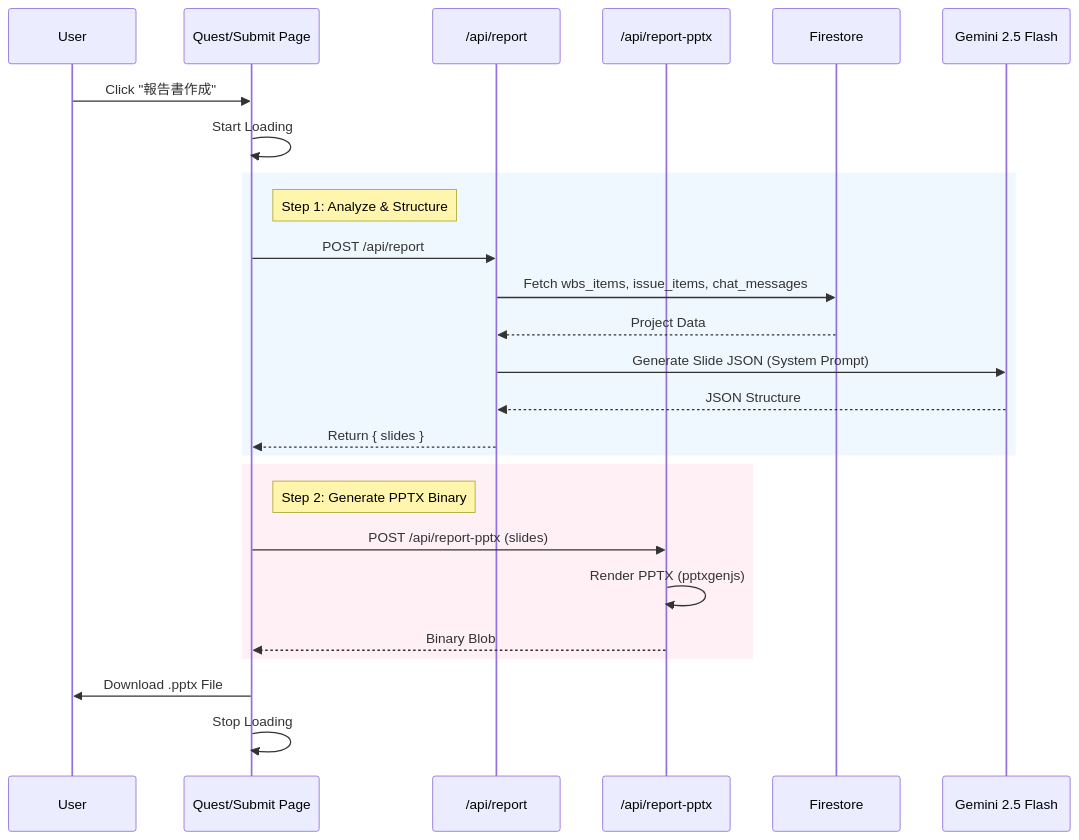
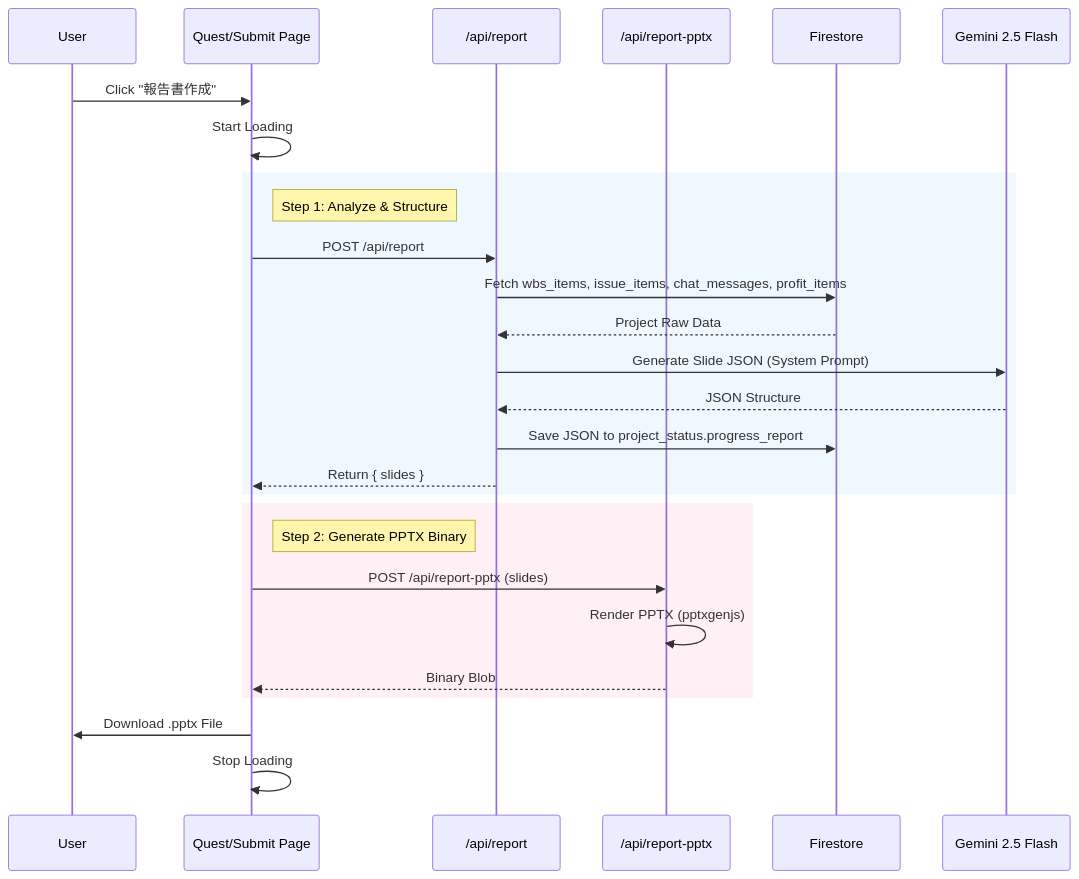
The first of 3 diagrams in doc/detailed_design.md (NarumiKomaba/AI-Hackathon-2025), drawn with Mermaid before and after one commit. The commit also changed other lines of this file and 16 other files, not shown here.

````diff
--- a/doc/detailed_design.md
+++ b/doc/detailed_design.md
@@ -164,32 +180,33 @@
 ```mermaid
 sequenceDiagram
     participant User
     participant Page as Quest/Submit Page
     participant API_Rep as /api/report
     participant API_Ppt as /api/report-pptx
     participant DB as Firestore
     participant AI as Gemini 2.5 Flash
 
     User->>Page: Click "報告書作成"
     Page->>Page: Start Loading
     
     rect rgb(240, 248, 255)
         note right of Page: Step 1: Analyze & Structure
         Page->>API_Rep: POST /api/report
-        API_Rep->>DB: Fetch wbs_items, issue_items, chat_messages
-        DB-->>API_Rep: Project Data
+        API_Rep->>DB: Fetch wbs_items, issue_items, chat_messages, profit_items
+        DB-->>API_Rep: Project Raw Data
         API_Rep->>AI: Generate Slide JSON (System Prompt)
         AI-->>API_Rep: JSON Structure
+        API_Rep->>DB: Save JSON to project_status.progress_report
         API_Rep-->>Page: Return { slides }
     end
 
     rect rgb(255, 240, 245)
         note right of Page: Step 2: Generate PPTX Binary
         Page->>API_Ppt: POST /api/report-pptx (slides)
         API_Ppt->>API_Ppt: Render PPTX (pptxgenjs)
         API_Ppt-->>Page: Binary Blob
     end
 
     Page->>User: Download .pptx File
     Page->>Page: Stop Loading
 ```
````
